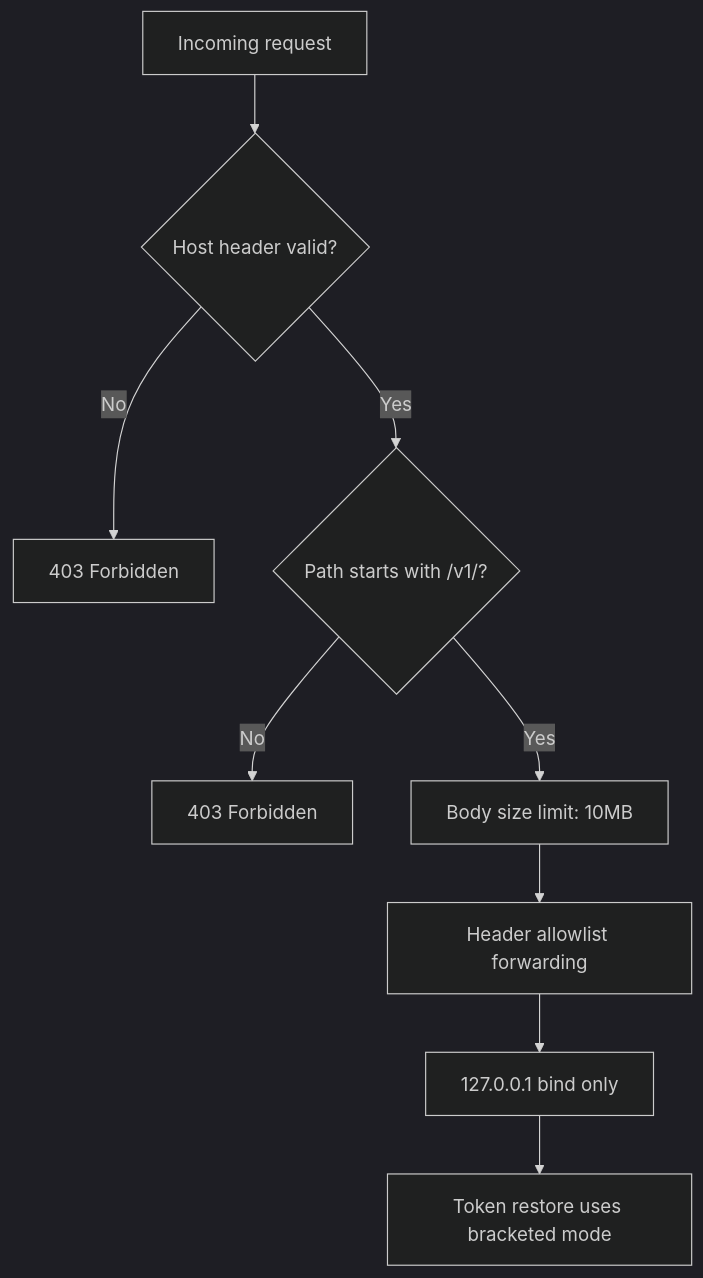
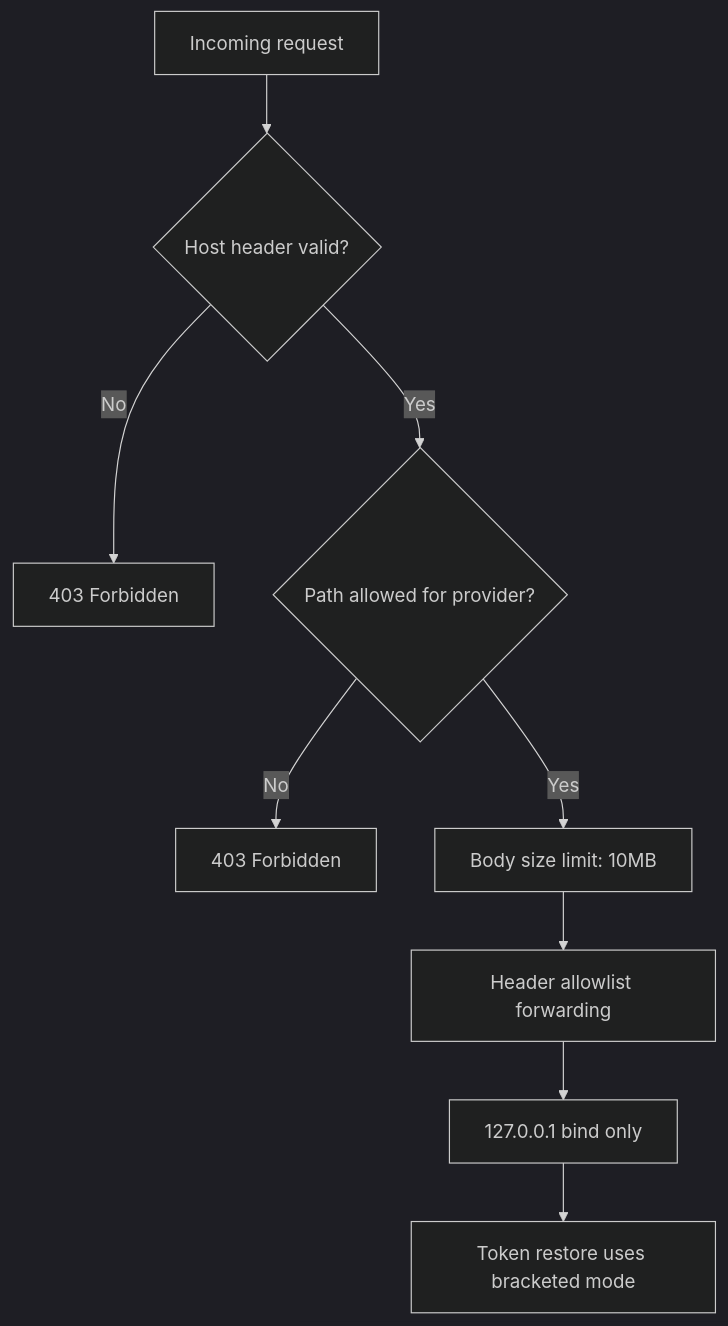
One commit to tcheuD/anon-pii changed the second of 2 diagrams in docs/proxy.md. Above: the diagram before and after it, drawn with Mermaid (dark theme). The commit also changed other lines of this file and 5 other files, not shown here.

````diff
--- a/docs/proxy.md
+++ b/docs/proxy.md
@@ -53,11 +53,11 @@
 ```mermaid
 flowchart TD
     A[Incoming request] --> B{Host header valid?}
     B -->|No| X[403 Forbidden]
-    B -->|Yes| C{Path starts with /v1/?}
+    B -->|Yes| C{Path allowed for provider?}
     C -->|No| Y[403 Forbidden]
     C -->|Yes| D[Body size limit: 10MB]
     D --> E[Header allowlist forwarding]
     E --> F[127.0.0.1 bind only]
     F --> G[Token restore uses bracketed mode]
 ```
````
